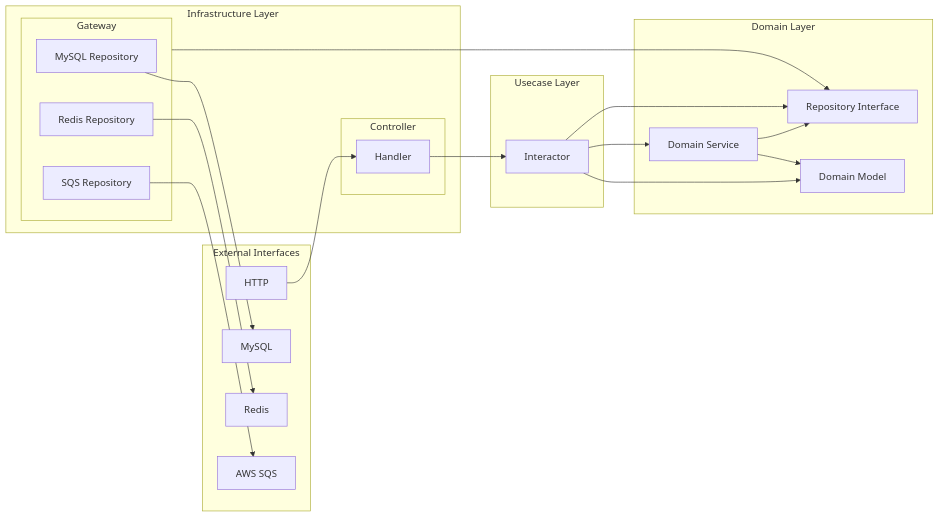
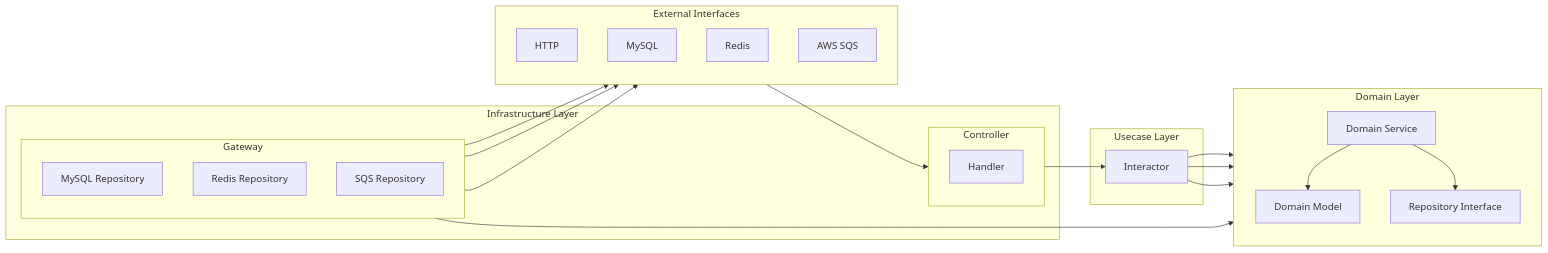
One commit to MoneyForest/go-clean-architecture-boilerplate changed the diagram in README.md. Above: the diagram before and after it, drawn with Mermaid.

Commit message:
Feat/match (#7)
* fix: readme

````diff
--- a/README.md
+++ b/README.md
@@ -12,55 +12,59 @@
 ```mermaid
 %%{init: {"flowchart": {"htmlLabels": true}} }%%
 graph LR
     subgraph External["External Interfaces"]
+        direction TB
         HTTP["HTTP"]
         DB["MySQL"]
         CACHE["Redis"]
         SQS["AWS SQS"]
     end
 
     subgraph Infrastructure["Infrastructure Layer"]
         subgraph Controller["Controller"]
+            direction TB
             H["Handler"]
         end
         subgraph Gateway["Gateway"]
+            direction TB
             MR["MySQL Repository"]
             RR["Redis Repository"]
             SR["SQS Repository"]
         end
     end
 
     subgraph Usecase["Usecase Layer"]
         I["Interactor"]
     end
 
     subgraph Domain["Domain Layer"]
+        direction TB
         DM["Domain Model"]
         DS["Domain Service"]
         RI["Repository Interface"]
     end
 
     %% External → Infrastructure
     HTTP --> H
     MR --> DB
     RR --> CACHE
     SR --> SQS
 
     %% Controller → Usecase
     H --> I
 
     %% Usecase → Domain
     I --> DM
     I --> DS
     I --> RI
     DS --> DM
     DS --> RI
 
     %% Repository Implementations
     Gateway --> RI
 
     classDef domain fill:#e8372c,stroke:#333,stroke-width:2px,color:#fff
     classDef usecase fill:#f58634,stroke:#333,stroke-width:2px,color:#fff
     classDef infra fill:#58aa46,stroke:#333,stroke-width:2px,color:#fff
     classDef external fill:#2c4a9b,stroke:#333,stroke-width:2px,color:#fff
 ```
````
